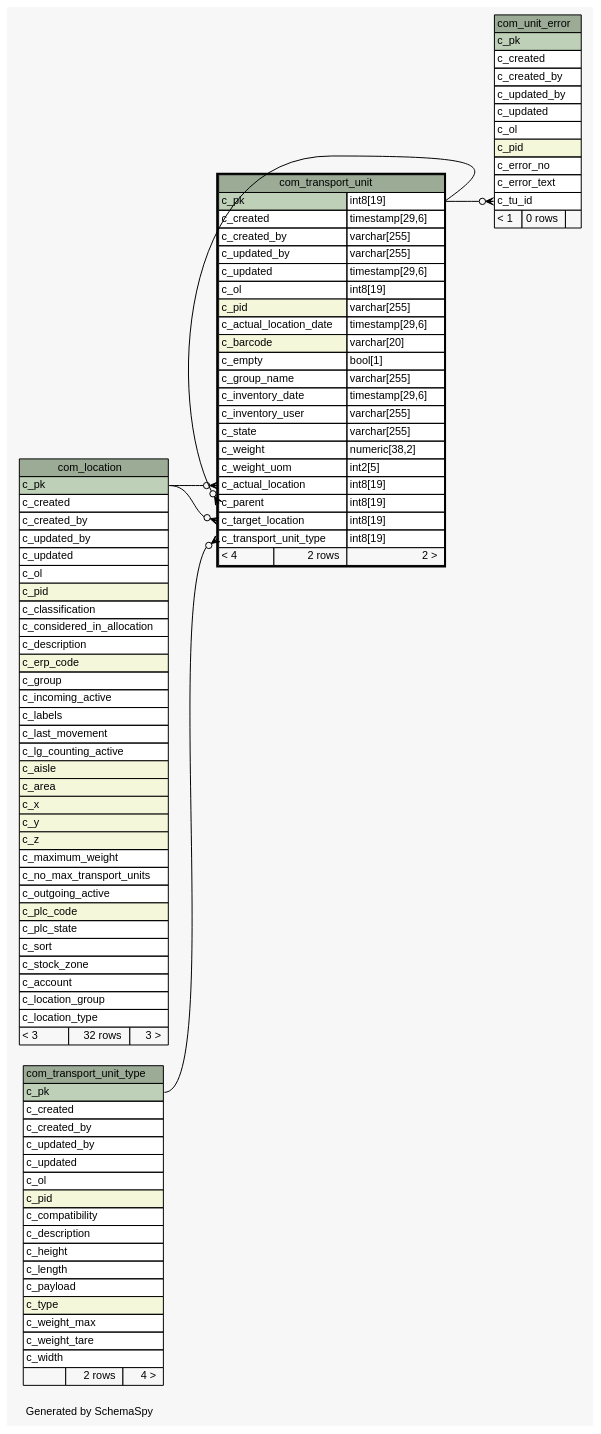
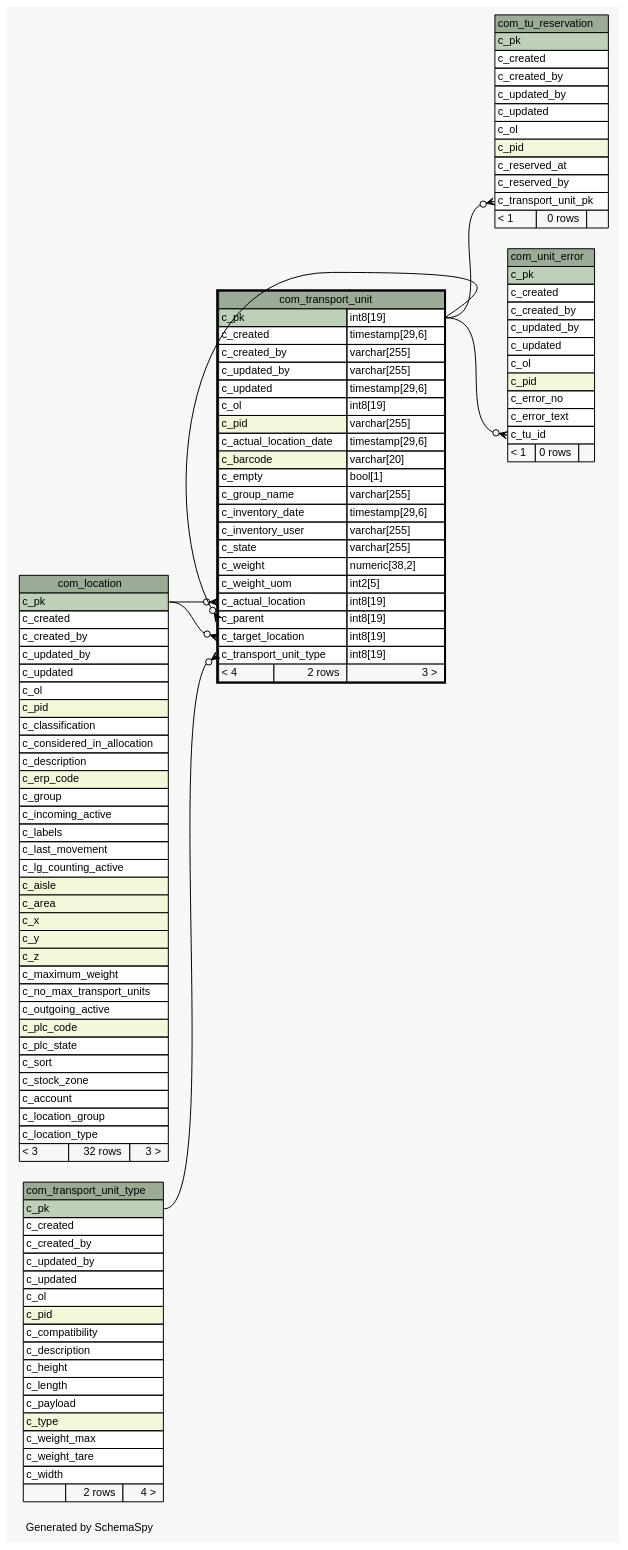
One commit to openwms/org.openwms.common.service.lib changed the diagram in 3.0.0-SNAPSHOT/schemaspy/diagrams/com_transport_unit.1degree.dot. Above: the diagram before and after it, drawn with Graphviz. The commit also changed 802 other files, not shown here.

```diff
--- a/3.0.0-SNAPSHOT/schemaspy/diagrams/com_transport_unit.1degree.dot
+++ b/3.0.0-SNAPSHOT/schemaspy/diagrams/com_transport_unit.1degree.dot
@@ -1,140 +1,160 @@
 // dot 2.43.0 on Linux 6.5.0-1025-azure
 // SchemaSpy rev Unknown
 digraph "oneDegreeRelationshipsDiagram" {
   graph [
     rankdir="RL"
     bgcolor="#f7f7f7"
     label="\nGenerated by SchemaSpy"
     labeljust="l"
     nodesep="0.18"
     ranksep="0.46"
     fontname="Helvetica"
     fontsize="11"
   ];
   node [
     fontname="Helvetica"
     fontsize="11"
     shape="plaintext"
   ];
   edge [
     arrowsize="0.8"
   ];
   "com_transport_unit":"c_actual_location":w -> "com_location":"c_pk":e [arrowhead=none dir=back arrowtail=crowodot];
   "com_transport_unit":"c_parent":w -> "com_transport_unit":"c_pk.type":e [arrowhead=none dir=back arrowtail=crowodot];
   "com_transport_unit":"c_target_location":w -> "com_location":"c_pk":e [arrowhead=none dir=back arrowtail=crowodot];
   "com_transport_unit":"c_transport_unit_type":w -> "com_transport_unit_type":"c_pk":e [arrowhead=none dir=back arrowtail=crowodot];
+  "com_tu_reservation":"c_transport_unit_pk":w -> "com_transport_unit":"c_pk.type":e [arrowhead=none dir=back arrowtail=crowodot];
   "com_unit_error":"c_tu_id":w -> "com_transport_unit":"c_pk.type":e [arrowhead=none dir=back arrowtail=crowodot];
   "com_location" [
     label=<
     <TABLE BORDER="0" CELLBORDER="1" CELLSPACING="0" BGCOLOR="#ffffff">
       <TR><TD COLSPAN="3" BGCOLOR="#9bab96" ALIGN="CENTER">com_location</TD></TR>
       <TR><TD PORT="c_pk" COLSPAN="3" BGCOLOR="#bed1b8" ALIGN="LEFT">c_pk</TD></TR>
       <TR><TD PORT="c_created" COLSPAN="3" ALIGN="LEFT">c_created</TD></TR>
       <TR><TD PORT="c_created_by" COLSPAN="3" ALIGN="LEFT">c_created_by</TD></TR>
       <TR><TD PORT="c_updated_by" COLSPAN="3" ALIGN="LEFT">c_updated_by</TD></TR>
       <TR><TD PORT="c_updated" COLSPAN="3" ALIGN="LEFT">c_updated</TD></TR>
       <TR><TD PORT="c_ol" COLSPAN="3" ALIGN="LEFT">c_ol</TD></TR>
       <TR><TD PORT="c_pid" COLSPAN="3" BGCOLOR="#f4f7da" ALIGN="LEFT">c_pid</TD></TR>
       <TR><TD PORT="c_classification" COLSPAN="3" ALIGN="LEFT">c_classification</TD></TR>
       <TR><TD PORT="c_considered_in_allocation" COLSPAN="3" ALIGN="LEFT">c_considered_in_allocation</TD></TR>
       <TR><TD PORT="c_description" COLSPAN="3" ALIGN="LEFT">c_description</TD></TR>
       <TR><TD PORT="c_erp_code" COLSPAN="3" BGCOLOR="#f4f7da" ALIGN="LEFT">c_erp_code</TD></TR>
       <TR><TD PORT="c_group" COLSPAN="3" ALIGN="LEFT">c_group</TD></TR>
       <TR><TD PORT="c_incoming_active" COLSPAN="3" ALIGN="LEFT">c_incoming_active</TD></TR>
       <TR><TD PORT="c_labels" COLSPAN="3" ALIGN="LEFT">c_labels</TD></TR>
       <TR><TD PORT="c_last_movement" COLSPAN="3" ALIGN="LEFT">c_last_movement</TD></TR>
       <TR><TD PORT="c_lg_counting_active" COLSPAN="3" ALIGN="LEFT">c_lg_counting_active</TD></TR>
       <TR><TD PORT="c_aisle" COLSPAN="3" BGCOLOR="#f4f7da" ALIGN="LEFT">c_aisle</TD></TR>
       <TR><TD PORT="c_area" COLSPAN="3" BGCOLOR="#f4f7da" ALIGN="LEFT">c_area</TD></TR>
       <TR><TD PORT="c_x" COLSPAN="3" BGCOLOR="#f4f7da" ALIGN="LEFT">c_x</TD></TR>
       <TR><TD PORT="c_y" COLSPAN="3" BGCOLOR="#f4f7da" ALIGN="LEFT">c_y</TD></TR>
       <TR><TD PORT="c_z" COLSPAN="3" BGCOLOR="#f4f7da" ALIGN="LEFT">c_z</TD></TR>
       <TR><TD PORT="c_maximum_weight" COLSPAN="3" ALIGN="LEFT">c_maximum_weight</TD></TR>
       <TR><TD PORT="c_no_max_transport_units" COLSPAN="3" ALIGN="LEFT">c_no_max_transport_units</TD></TR>
       <TR><TD PORT="c_outgoing_active" COLSPAN="3" ALIGN="LEFT">c_outgoing_active</TD></TR>
       <TR><TD PORT="c_plc_code" COLSPAN="3" BGCOLOR="#f4f7da" ALIGN="LEFT">c_plc_code</TD></TR>
       <TR><TD PORT="c_plc_state" COLSPAN="3" ALIGN="LEFT">c_plc_state</TD></TR>
       <TR><TD PORT="c_sort" COLSPAN="3" ALIGN="LEFT">c_sort</TD></TR>
       <TR><TD PORT="c_stock_zone" COLSPAN="3" ALIGN="LEFT">c_stock_zone</TD></TR>
       <TR><TD PORT="c_account" COLSPAN="3" ALIGN="LEFT">c_account</TD></TR>
       <TR><TD PORT="c_location_group" COLSPAN="3" ALIGN="LEFT">c_location_group</TD></TR>
       <TR><TD PORT="c_location_type" COLSPAN="3" ALIGN="LEFT">c_location_type</TD></TR>
       <TR><TD ALIGN="LEFT" BGCOLOR="#f7f7f7">&lt; 3</TD><TD ALIGN="RIGHT" BGCOLOR="#f7f7f7">32 rows</TD><TD ALIGN="RIGHT" BGCOLOR="#f7f7f7">3 &gt;</TD></TR>
     </TABLE>>
     URL="com_location.html"
     tooltip="com_location"
   ];
   "com_transport_unit" [
     label=<
     <TABLE BORDER="2" CELLBORDER="1" CELLSPACING="0" BGCOLOR="#ffffff">
       <TR><TD COLSPAN="3" BGCOLOR="#9bab96" ALIGN="CENTER">com_transport_unit</TD></TR>
       <TR><TD PORT="c_pk" COLSPAN="2" BGCOLOR="#bed1b8" ALIGN="LEFT">c_pk</TD><TD PORT="c_pk.type" ALIGN="LEFT">int8[19]</TD></TR>
       <TR><TD PORT="c_created" COLSPAN="2" ALIGN="LEFT">c_created</TD><TD PORT="c_created.type" ALIGN="LEFT">timestamp[29,6]</TD></TR>
       <TR><TD PORT="c_created_by" COLSPAN="2" ALIGN="LEFT">c_created_by</TD><TD PORT="c_created_by.type" ALIGN="LEFT">varchar[255]</TD></TR>
       <TR><TD PORT="c_updated_by" COLSPAN="2" ALIGN="LEFT">c_updated_by</TD><TD PORT="c_updated_by.type" ALIGN="LEFT">varchar[255]</TD></TR>
       <TR><TD PORT="c_updated" COLSPAN="2" ALIGN="LEFT">c_updated</TD><TD PORT="c_updated.type" ALIGN="LEFT">timestamp[29,6]</TD></TR>
       <TR><TD PORT="c_ol" COLSPAN="2" ALIGN="LEFT">c_ol</TD><TD PORT="c_ol.type" ALIGN="LEFT">int8[19]</TD></TR>
       <TR><TD PORT="c_pid" COLSPAN="2" BGCOLOR="#f4f7da" ALIGN="LEFT">c_pid</TD><TD PORT="c_pid.type" ALIGN="LEFT">varchar[255]</TD></TR>
       <TR><TD PORT="c_actual_location_date" COLSPAN="2" ALIGN="LEFT">c_actual_location_date</TD><TD PORT="c_actual_location_date.type" ALIGN="LEFT">timestamp[29,6]</TD></TR>
       <TR><TD PORT="c_barcode" COLSPAN="2" BGCOLOR="#f4f7da" ALIGN="LEFT">c_barcode</TD><TD PORT="c_barcode.type" ALIGN="LEFT">varchar[20]</TD></TR>
       <TR><TD PORT="c_empty" COLSPAN="2" ALIGN="LEFT">c_empty</TD><TD PORT="c_empty.type" ALIGN="LEFT">bool[1]</TD></TR>
       <TR><TD PORT="c_group_name" COLSPAN="2" ALIGN="LEFT">c_group_name</TD><TD PORT="c_group_name.type" ALIGN="LEFT">varchar[255]</TD></TR>
       <TR><TD PORT="c_inventory_date" COLSPAN="2" ALIGN="LEFT">c_inventory_date</TD><TD PORT="c_inventory_date.type" ALIGN="LEFT">timestamp[29,6]</TD></TR>
       <TR><TD PORT="c_inventory_user" COLSPAN="2" ALIGN="LEFT">c_inventory_user</TD><TD PORT="c_inventory_user.type" ALIGN="LEFT">varchar[255]</TD></TR>
       <TR><TD PORT="c_state" COLSPAN="2" ALIGN="LEFT">c_state</TD><TD PORT="c_state.type" ALIGN="LEFT">varchar[255]</TD></TR>
       <TR><TD PORT="c_weight" COLSPAN="2" ALIGN="LEFT">c_weight</TD><TD PORT="c_weight.type" ALIGN="LEFT">numeric[38,2]</TD></TR>
       <TR><TD PORT="c_weight_uom" COLSPAN="2" ALIGN="LEFT">c_weight_uom</TD><TD PORT="c_weight_uom.type" ALIGN="LEFT">int2[5]</TD></TR>
       <TR><TD PORT="c_actual_location" COLSPAN="2" ALIGN="LEFT">c_actual_location</TD><TD PORT="c_actual_location.type" ALIGN="LEFT">int8[19]</TD></TR>
       <TR><TD PORT="c_parent" COLSPAN="2" ALIGN="LEFT">c_parent</TD><TD PORT="c_parent.type" ALIGN="LEFT">int8[19]</TD></TR>
       <TR><TD PORT="c_target_location" COLSPAN="2" ALIGN="LEFT">c_target_location</TD><TD PORT="c_target_location.type" ALIGN="LEFT">int8[19]</TD></TR>
       <TR><TD PORT="c_transport_unit_type" COLSPAN="2" ALIGN="LEFT">c_transport_unit_type</TD><TD PORT="c_transport_unit_type.type" ALIGN="LEFT">int8[19]</TD></TR>
-      <TR><TD ALIGN="LEFT" BGCOLOR="#f7f7f7">&lt; 4</TD><TD ALIGN="RIGHT" BGCOLOR="#f7f7f7">2 rows</TD><TD ALIGN="RIGHT" BGCOLOR="#f7f7f7">2 &gt;</TD></TR>
+      <TR><TD ALIGN="LEFT" BGCOLOR="#f7f7f7">&lt; 4</TD><TD ALIGN="RIGHT" BGCOLOR="#f7f7f7">2 rows</TD><TD ALIGN="RIGHT" BGCOLOR="#f7f7f7">3 &gt;</TD></TR>
     </TABLE>>
     URL="com_transport_unit.html"
     tooltip="com_transport_unit"
   ];
   "com_transport_unit_type" [
     label=<
     <TABLE BORDER="0" CELLBORDER="1" CELLSPACING="0" BGCOLOR="#ffffff">
       <TR><TD COLSPAN="3" BGCOLOR="#9bab96" ALIGN="CENTER">com_transport_unit_type</TD></TR>
       <TR><TD PORT="c_pk" COLSPAN="3" BGCOLOR="#bed1b8" ALIGN="LEFT">c_pk</TD></TR>
       <TR><TD PORT="c_created" COLSPAN="3" ALIGN="LEFT">c_created</TD></TR>
       <TR><TD PORT="c_created_by" COLSPAN="3" ALIGN="LEFT">c_created_by</TD></TR>
       <TR><TD PORT="c_updated_by" COLSPAN="3" ALIGN="LEFT">c_updated_by</TD></TR>
       <TR><TD PORT="c_updated" COLSPAN="3" ALIGN="LEFT">c_updated</TD></TR>
       <TR><TD PORT="c_ol" COLSPAN="3" ALIGN="LEFT">c_ol</TD></TR>
       <TR><TD PORT="c_pid" COLSPAN="3" BGCOLOR="#f4f7da" ALIGN="LEFT">c_pid</TD></TR>
       <TR><TD PORT="c_compatibility" COLSPAN="3" ALIGN="LEFT">c_compatibility</TD></TR>
       <TR><TD PORT="c_description" COLSPAN="3" ALIGN="LEFT">c_description</TD></TR>
       <TR><TD PORT="c_height" COLSPAN="3" ALIGN="LEFT">c_height</TD></TR>
       <TR><TD PORT="c_length" COLSPAN="3" ALIGN="LEFT">c_length</TD></TR>
       <TR><TD PORT="c_payload" COLSPAN="3" ALIGN="LEFT">c_payload</TD></TR>
       <TR><TD PORT="c_type" COLSPAN="3" BGCOLOR="#f4f7da" ALIGN="LEFT">c_type</TD></TR>
       <TR><TD PORT="c_weight_max" COLSPAN="3" ALIGN="LEFT">c_weight_max</TD></TR>
       <TR><TD PORT="c_weight_tare" COLSPAN="3" ALIGN="LEFT">c_weight_tare</TD></TR>
       <TR><TD PORT="c_width" COLSPAN="3" ALIGN="LEFT">c_width</TD></TR>
       <TR><TD ALIGN="LEFT" BGCOLOR="#f7f7f7">  </TD><TD ALIGN="RIGHT" BGCOLOR="#f7f7f7">2 rows</TD><TD ALIGN="RIGHT" BGCOLOR="#f7f7f7">4 &gt;</TD></TR>
     </TABLE>>
     URL="com_transport_unit_type.html"
     tooltip="com_transport_unit_type"
   ];
+  "com_tu_reservation" [
+    label=<
+    <TABLE BORDER="0" CELLBORDER="1" CELLSPACING="0" BGCOLOR="#ffffff">
+      <TR><TD COLSPAN="3" BGCOLOR="#9bab96" ALIGN="CENTER">com_tu_reservation</TD></TR>
+      <TR><TD PORT="c_pk" COLSPAN="3" BGCOLOR="#bed1b8" ALIGN="LEFT">c_pk</TD></TR>
+      <TR><TD PORT="c_created" COLSPAN="3" ALIGN="LEFT">c_created</TD></TR>
+      <TR><TD PORT="c_created_by" COLSPAN="3" ALIGN="LEFT">c_created_by</TD></TR>
+      <TR><TD PORT="c_updated_by" COLSPAN="3" ALIGN="LEFT">c_updated_by</TD></TR>
+      <TR><TD PORT="c_updated" COLSPAN="3" ALIGN="LEFT">c_updated</TD></TR>
+      <TR><TD PORT="c_ol" COLSPAN="3" ALIGN="LEFT">c_ol</TD></TR>
+      <TR><TD PORT="c_pid" COLSPAN="3" BGCOLOR="#f4f7da" ALIGN="LEFT">c_pid</TD></TR>
+      <TR><TD PORT="c_reserved_at" COLSPAN="3" ALIGN="LEFT">c_reserved_at</TD></TR>
+      <TR><TD PORT="c_reserved_by" COLSPAN="3" ALIGN="LEFT">c_reserved_by</TD></TR>
+      <TR><TD PORT="c_transport_unit_pk" COLSPAN="3" ALIGN="LEFT">c_transport_unit_pk</TD></TR>
+      <TR><TD ALIGN="LEFT" BGCOLOR="#f7f7f7">&lt; 1</TD><TD ALIGN="RIGHT" BGCOLOR="#f7f7f7">0 rows</TD><TD ALIGN="RIGHT" BGCOLOR="#f7f7f7">  </TD></TR>
+    </TABLE>>
+    URL="com_tu_reservation.html"
+    tooltip="com_tu_reservation"
+  ];
   "com_unit_error" [
     label=<
     <TABLE BORDER="0" CELLBORDER="1" CELLSPACING="0" BGCOLOR="#ffffff">
       <TR><TD COLSPAN="3" BGCOLOR="#9bab96" ALIGN="CENTER">com_unit_error</TD></TR>
       <TR><TD PORT="c_pk" COLSPAN="3" BGCOLOR="#bed1b8" ALIGN="LEFT">c_pk</TD></TR>
       <TR><TD PORT="c_created" COLSPAN="3" ALIGN="LEFT">c_created</TD></TR>
       <TR><TD PORT="c_created_by" COLSPAN="3" ALIGN="LEFT">c_created_by</TD></TR>
       <TR><TD PORT="c_updated_by" COLSPAN="3" ALIGN="LEFT">c_updated_by</TD></TR>
       <TR><TD PORT="c_updated" COLSPAN="3" ALIGN="LEFT">c_updated</TD></TR>
       <TR><TD PORT="c_ol" COLSPAN="3" ALIGN="LEFT">c_ol</TD></TR>
       <TR><TD PORT="c_pid" COLSPAN="3" BGCOLOR="#f4f7da" ALIGN="LEFT">c_pid</TD></TR>
       <TR><TD PORT="c_error_no" COLSPAN="3" ALIGN="LEFT">c_error_no</TD></TR>
       <TR><TD PORT="c_error_text" COLSPAN="3" ALIGN="LEFT">c_error_text</TD></TR>
       <TR><TD PORT="c_tu_id" COLSPAN="3" ALIGN="LEFT">c_tu_id</TD></TR>
       <TR><TD ALIGN="LEFT" BGCOLOR="#f7f7f7">&lt; 1</TD><TD ALIGN="RIGHT" BGCOLOR="#f7f7f7">0 rows</TD><TD ALIGN="RIGHT" BGCOLOR="#f7f7f7">  </TD></TR>
     </TABLE>>
     URL="com_unit_error.html"
     tooltip="com_unit_error"
   ];
 }
```
